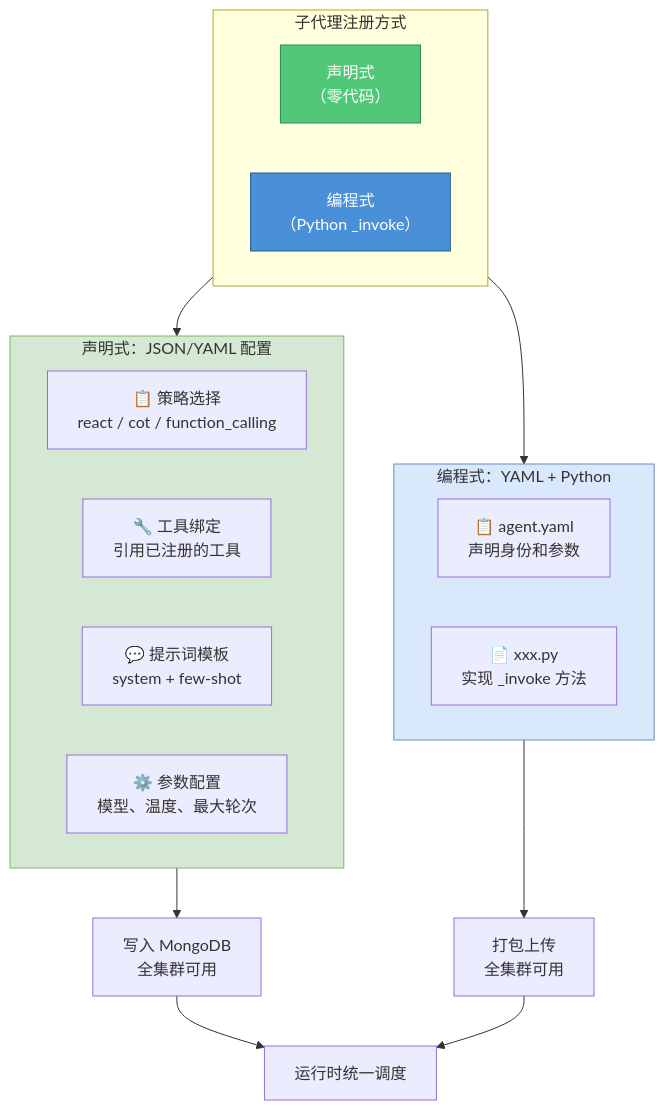
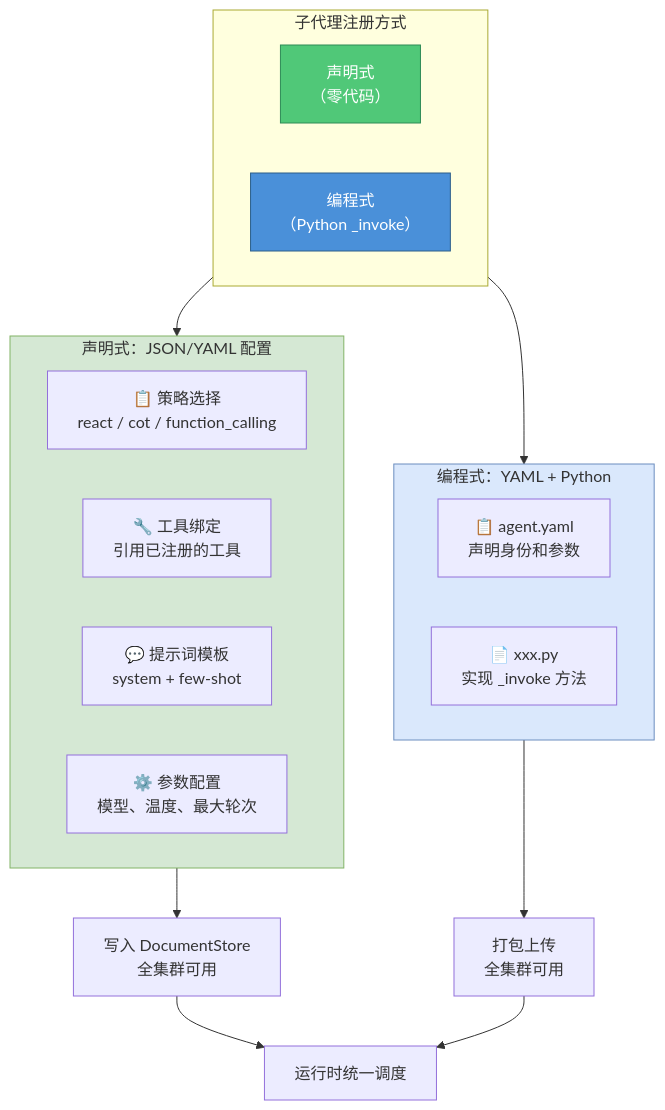
Before and after one commit to heelynn/artipivot: the fourth of 20 diagrams in doc/DESIGN.md, drawn with Mermaid. The commit also changed other lines of this file and 58 other files, not shown here.

````diff
--- a/doc/DESIGN.md
+++ b/doc/DESIGN.md
@@ -299,33 +299,33 @@
 ```mermaid
 flowchart TD
     subgraph Register["子代理注册方式"]
         direction LR
         D["声明式<br/>（零代码）"]
         C["编程式<br/>（Python _invoke）"]
     end
 
     subgraph Declarative["声明式：JSON/YAML 配置"]
         D1["📋 策略选择<br/>react / cot / function_calling"]
         D2["🔧 工具绑定<br/>引用已注册的工具"]
         D3["💬 提示词模板<br/>system + few-shot"]
         D4["⚙️ 参数配置<br/>模型、温度、最大轮次"]
     end
 
     subgraph Coded["编程式：YAML + Python"]
         C1["📋 agent.yaml<br/>声明身份和参数"]
         C2["📄 xxx.py<br/>实现 _invoke 方法"]
     end
 
     D --> Declarative
     C --> Coded
 
-    Declarative --> Store["写入 MongoDB<br/>全集群可用"]
+    Declarative --> Store["写入 DocumentStore<br/>全集群可用"]
     Coded --> Package["打包上传<br/>全集群可用"]
     Store --> Runtime["运行时统一调度"]
     Package --> Runtime
 
     style D fill:#50C878,color:#fff,stroke:#2E8B57
     style C fill:#4A90D9,color:#fff,stroke:#2C5F8A
     style Declarative fill:#D5E8D4,stroke:#82B366
     style Coded fill:#DAE8FC,stroke:#6C8EBF
 ```
````
